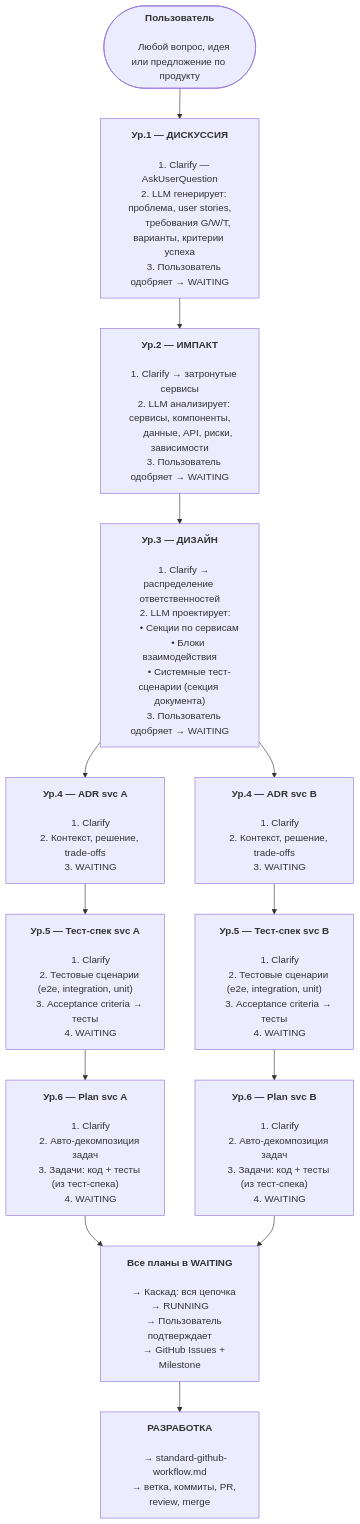
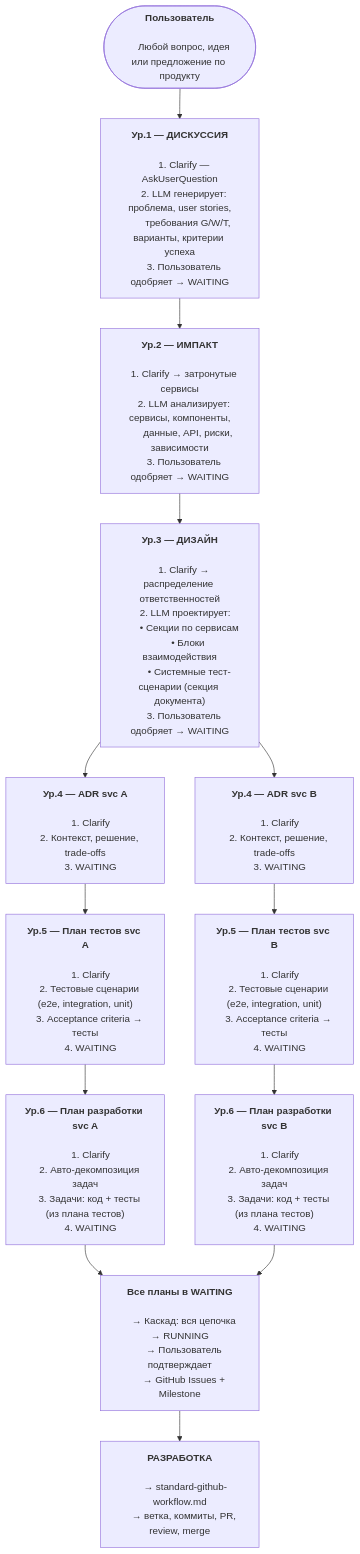
Before and after one commit to NSEvteev/FullSpec: the second of 3 diagrams in specs/.instructions/standard-specs-workflow.md, drawn with Mermaid. The commit also changed other lines of this file and 19 other files, not shown here.

```diff
--- a/specs/.instructions/standard-specs-workflow.md
+++ b/specs/.instructions/standard-specs-workflow.md
@@ -277,32 +277,32 @@
     2. Контекст, решение, trade-offs
     3. WAITING"]
 
-    TESTA["<b>Ур.5 — Тест-спек svc A</b>
+    TESTA["<b>Ур.5 — План тестов svc A</b>
 
     1. Clarify
     2. Тестовые сценарии (e2e, integration, unit)
     3. Acceptance criteria → тесты
     4. WAITING"]
 
-    TESTB["<b>Ур.5 — Тест-спек svc B</b>
+    TESTB["<b>Ур.5 — План тестов svc B</b>
 
     1. Clarify
     2. Тестовые сценарии (e2e, integration, unit)
     3. Acceptance criteria → тесты
     4. WAITING"]
 
-    PLANA["<b>Ур.6 — Plan svc A</b>
+    PLANA["<b>Ур.6 — План разработки svc A</b>
 
     1. Clarify
     2. Авто-декомпозиция задач
-    3. Задачи: код + тесты (из тест-спека)
+    3. Задачи: код + тесты (из плана тестов)
     4. WAITING"]
 
-    PLANB["<b>Ур.6 — Plan svc B</b>
+    PLANB["<b>Ур.6 — План разработки svc B</b>
 
     1. Clarify
     2. Авто-декомпозиция задач
-    3. Задачи: код + тесты (из тест-спека)
+    3. Задачи: код + тесты (из плана тестов)
     4. WAITING"]
 
     CONFIRM["<b>Все планы в WAITING</b>
```
